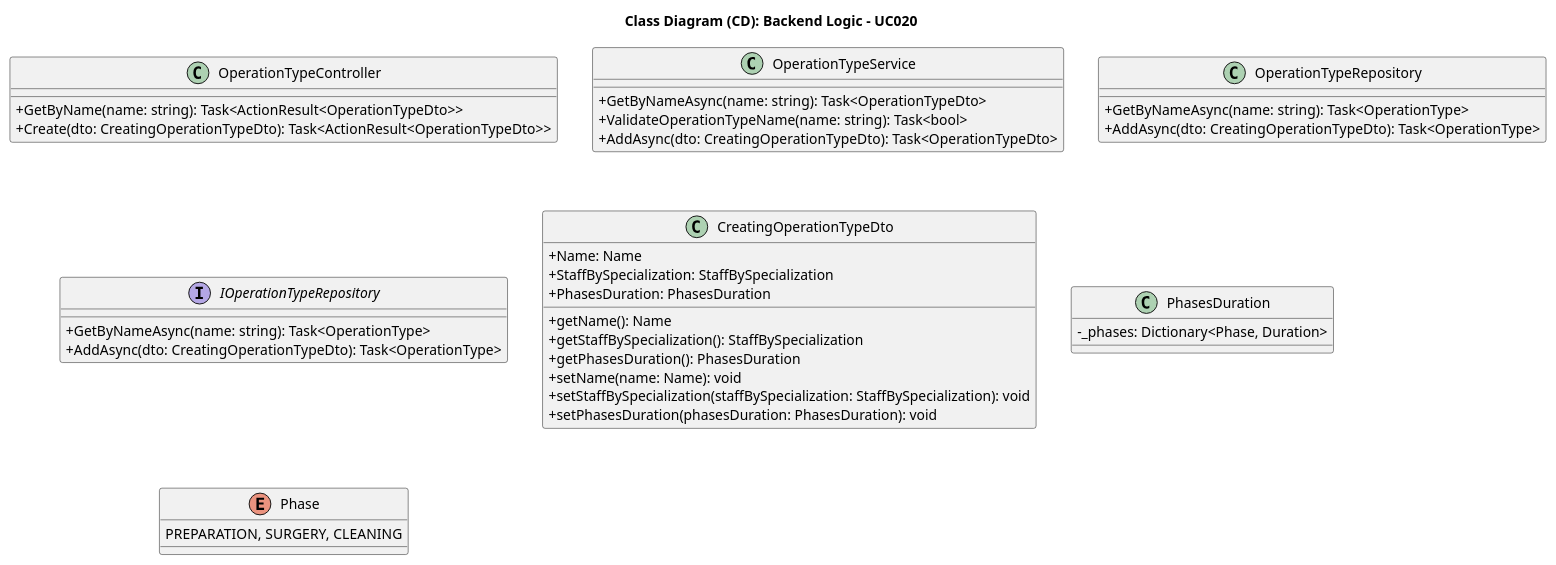
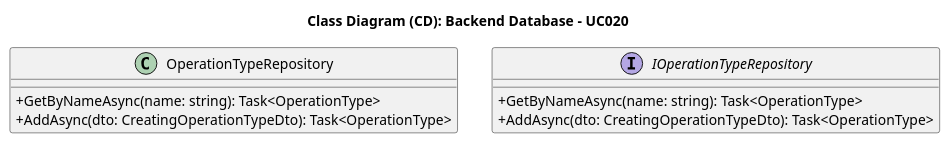
The diagram in docs/SprintA/UseCases/UC020/03.design/puml/uc020-class-diagram-backend-database.puml (1221124/sem5pi-24-25-g031), drawn with PlantUML before and after one commit. The commit also changed 2 other files, not shown here.

```diff
--- a/docs/SprintA/UseCases/UC020/03.design/puml/uc020-class-diagram-backend-database.puml
+++ b/docs/SprintA/UseCases/UC020/03.design/puml/uc020-class-diagram-backend-database.puml
@@ -1,51 +1,20 @@
-@startuml uc020-class-diagram
+@startuml uc020-class-diagram-backend-database
 
 skinparam packageStyle rectangle
 skinparam shadowing false
 
 skinparam classAttributeIconSize 0
 
-title Class Diagram (CD): Backend Logic - UC020
-
-class OperationTypeController {
-    +GetByName(name: string): Task<ActionResult<OperationTypeDto>>
-    +Create(dto: CreatingOperationTypeDto): Task<ActionResult<OperationTypeDto>>
-}
-
-class OperationTypeService {
-    +GetByNameAsync(name: string): Task<OperationTypeDto>
-    +ValidateOperationTypeName(name: string): Task<bool>
-    +AddAsync(dto: CreatingOperationTypeDto): Task<OperationTypeDto>
-}
+title Class Diagram (CD): Backend Database - UC020
 
 class OperationTypeRepository {
     +GetByNameAsync(name: string): Task<OperationType>
     +AddAsync(dto: CreatingOperationTypeDto): Task<OperationType>
 }
 
 interface IOperationTypeRepository {
     +GetByNameAsync(name: string): Task<OperationType>
     +AddAsync(dto: CreatingOperationTypeDto): Task<OperationType>
 }
 
-class CreatingOperationTypeDto {
-    +Name: Name
-    +StaffBySpecialization: StaffBySpecialization
-    +PhasesDuration: PhasesDuration
-    +getName(): Name
-    +getStaffBySpecialization(): StaffBySpecialization
-    +getPhasesDuration(): PhasesDuration
-    +setName(name: Name): void
-    +setStaffBySpecialization(staffBySpecialization: StaffBySpecialization): void
-    +setPhasesDuration(phasesDuration: PhasesDuration): void
-}
-
-class PhasesDuration {
-    - _phases: Dictionary<Phase, Duration>
-}
-
-enum Phase {
-    PREPARATION, SURGERY, CLEANING
-}
-
 @enduml
```
